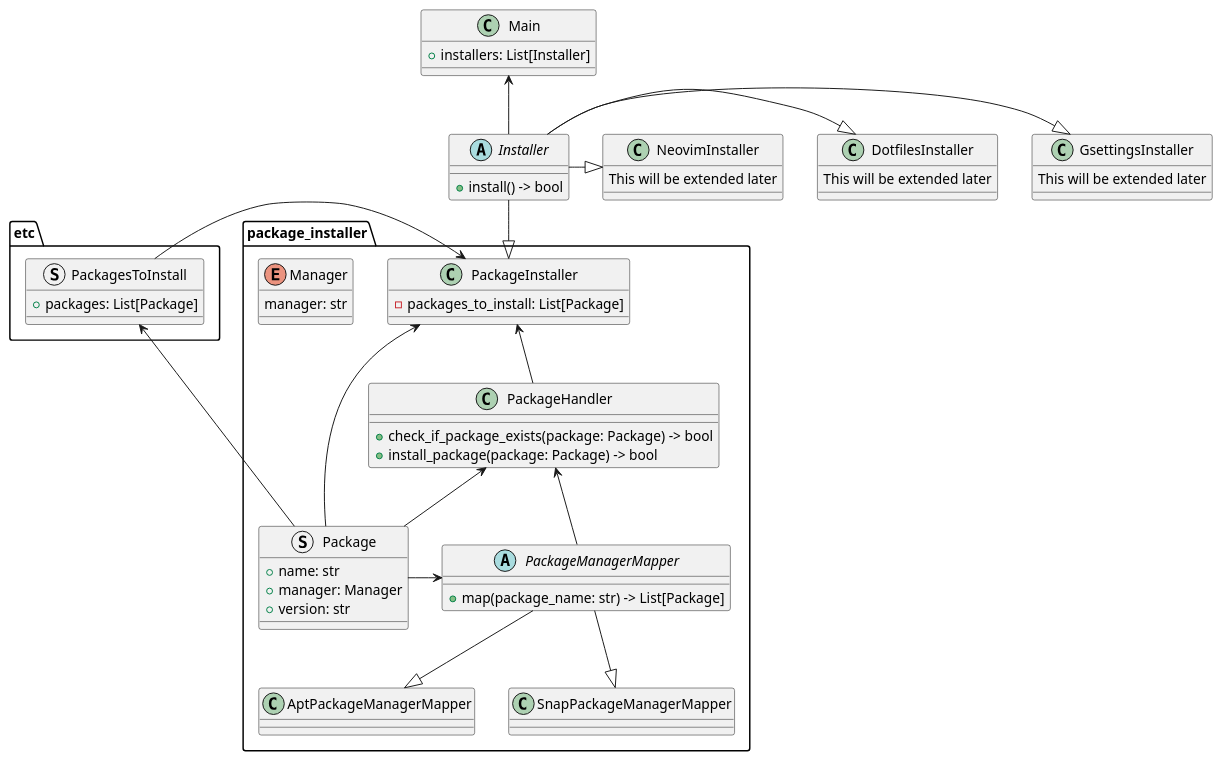
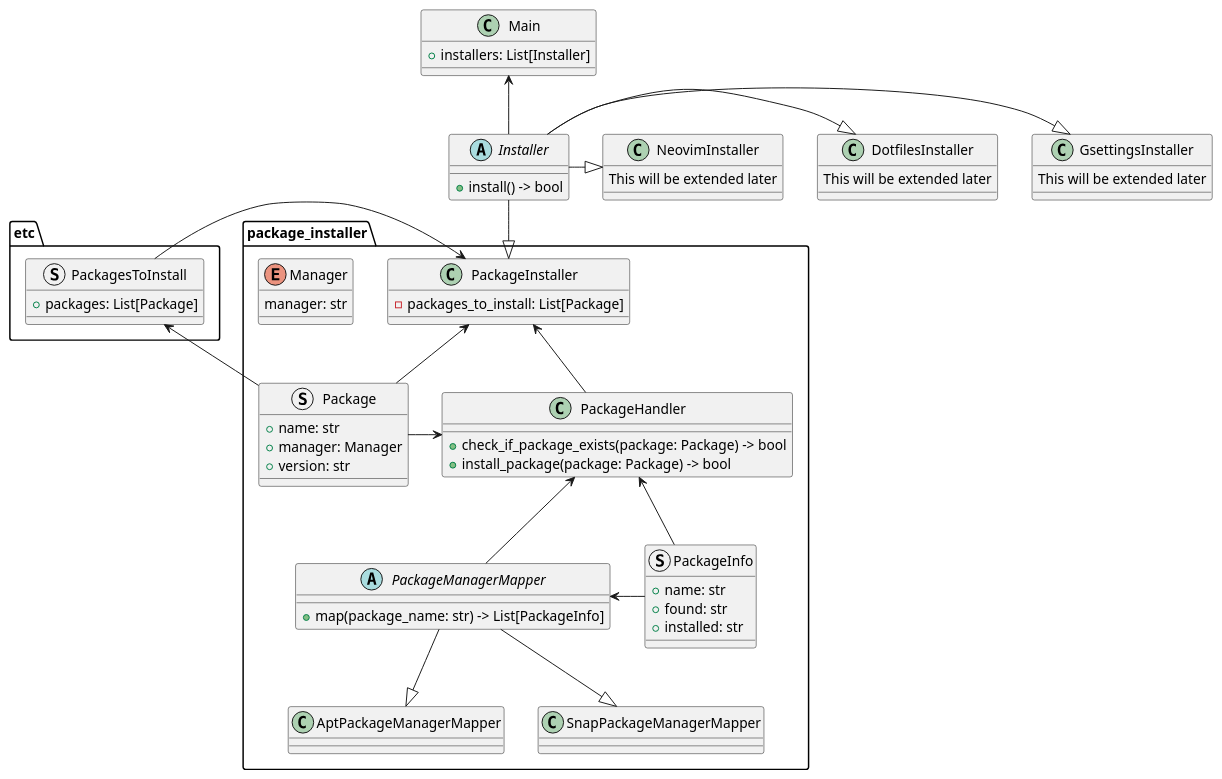
Before and after one commit to LuukHenk/dotfiles: the diagram in docs/designs/dotfiles_design.puml, drawn with PlantUML. The commit also changed 5 other files, not shown here.

Commit message:
let mappers use package info

```diff
--- a/docs/designs/dotfiles_design.puml
+++ b/docs/designs/dotfiles_design.puml
@@ -1,69 +1,76 @@
 @startuml dotfiles design
 
 package package_installer {
 
     struct Package {
         + name: str
         + manager: Manager
         + version: str
     }
     enum Manager {
         manager: str
     }
 
     abstract PackageManagerMapper {
-        + map(package_name: str) -> List[Package]
+        + map(package_name: str) -> List[PackageInfo]
     }
     class AptPackageManagerMapper
     class SnapPackageManagerMapper
 
     class PackageHandler {
         + check_if_package_exists(package: Package) -> bool
         + install_package(package: Package) -> bool
     }
     class PackageInstaller {
         - packages_to_install: List[Package]
+    }
+
+    struct PackageInfo {
+        + name: str
+        + found: str
+        + installed: str
     }
 }
 
 class Main {
     + installers: List[Installer]
 }
 
 abstract Installer {
     + install() -> bool
 }
 
 class DotfilesInstaller {
     This will be extended later
 }
 class GsettingsInstaller {
     This will be extended later
 }
 class NeovimInstaller {
     This will be extended later
 }
 
 package etc {
     struct PackagesToInstall {
         + packages: List[Package]
     }
 }
 
 Main <-- Installer
 Installer --|> PackageInstaller
 Installer -|> DotfilesInstaller
 Installer -|> NeovimInstaller
 Installer -|> GsettingsInstaller
 PackageManagerMapper --|> AptPackageManagerMapper
 PackageManagerMapper --|> SnapPackageManagerMapper
 PackageHandler <-- PackageManagerMapper
 PackageInstaller <-- PackageHandler
 PackageInstaller <- PackagesToInstall
 
 PackageHandler <- Package
-PackageManagerMapper <- Package
+PackageHandler <- PackageInfo
+PackageManagerMapper <- PackageInfo
 
 PackageInstaller <-- Package
 PackagesToInstall <- Package
 @enduml
```
